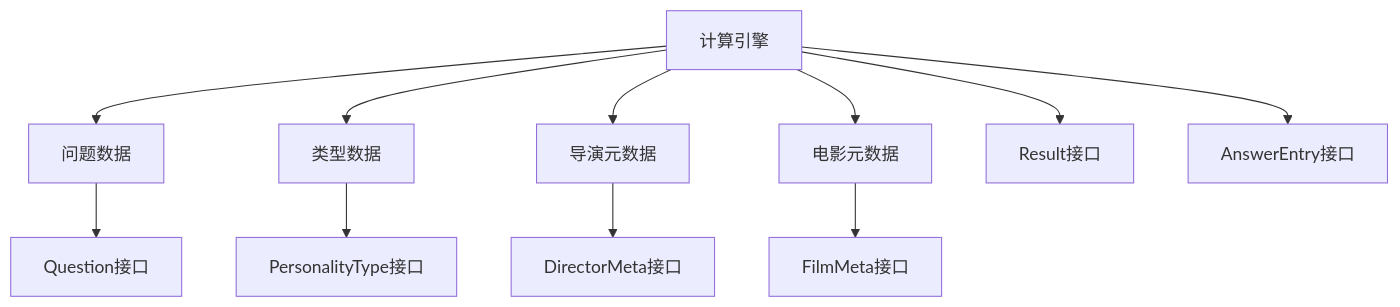
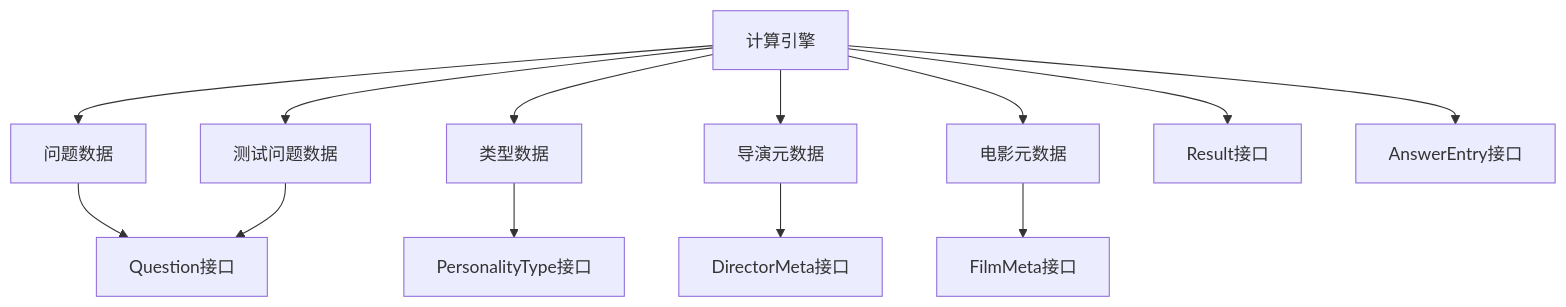
One commit to Dragon0412/fbti-app changed diagram 12 of 12 in .qoder/repowiki/zh/content/API参考文档/计算引擎API.md. Above: the diagram before and after it, drawn with Mermaid. The commit also changed other lines of this file and 14 other files, not shown here.

````diff
--- a/.qoder/repowiki/zh/content/API参考文档/计算引擎API.md
+++ b/.qoder/repowiki/zh/content/API参考文档/计算引擎API.md
@@ -485,13 +629,15 @@
 ```mermaid
 graph TB
 Calculator[计算引擎] --> Questions[问题数据]
+Calculator --> QuestionsTest[测试问题数据]
 Calculator --> Types[类型数据]
 Calculator --> DirectorsMeta[导演元数据]
 Calculator --> FilmsMeta[电影元数据]
 Questions --> QuestionInterface[Question接口]
+QuestionsTest --> QuestionInterface
 Types --> PersonalityType[PersonalityType接口]
 DirectorsMeta --> DirectorMeta[DirectorMeta接口]
 FilmsMeta --> FilmMeta[FilmMeta接口]
 Calculator --> ResultInterface[Result接口]
 Calculator --> AnswerEntry[AnswerEntry接口]
 ```
````
